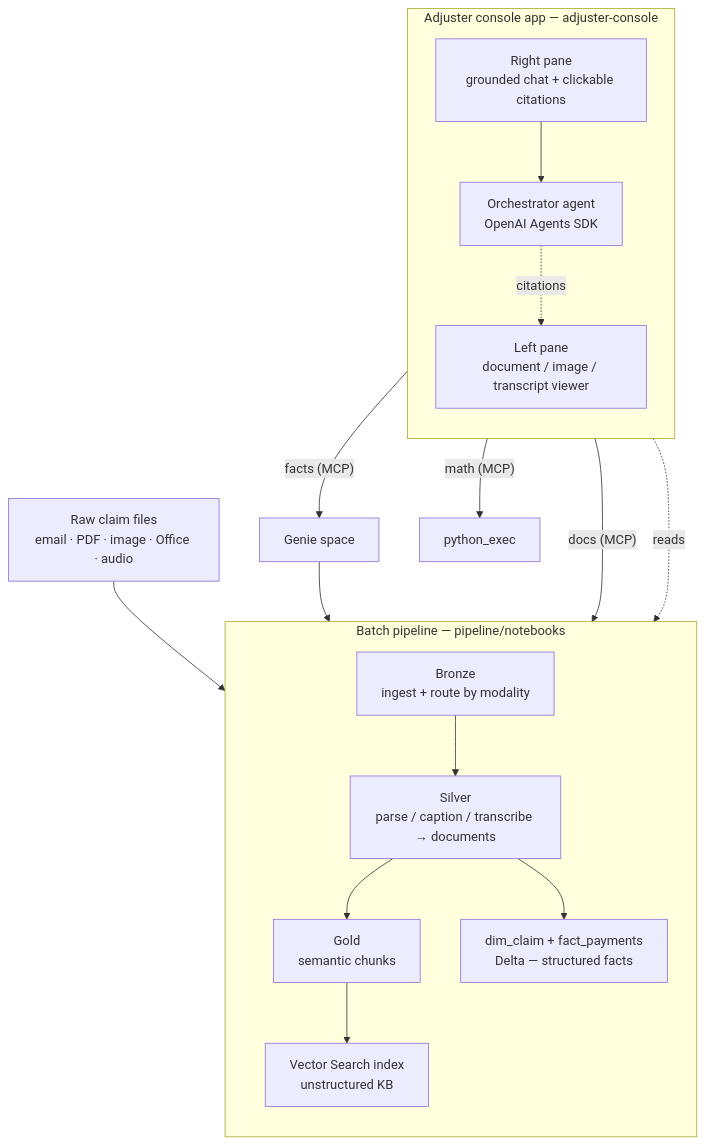
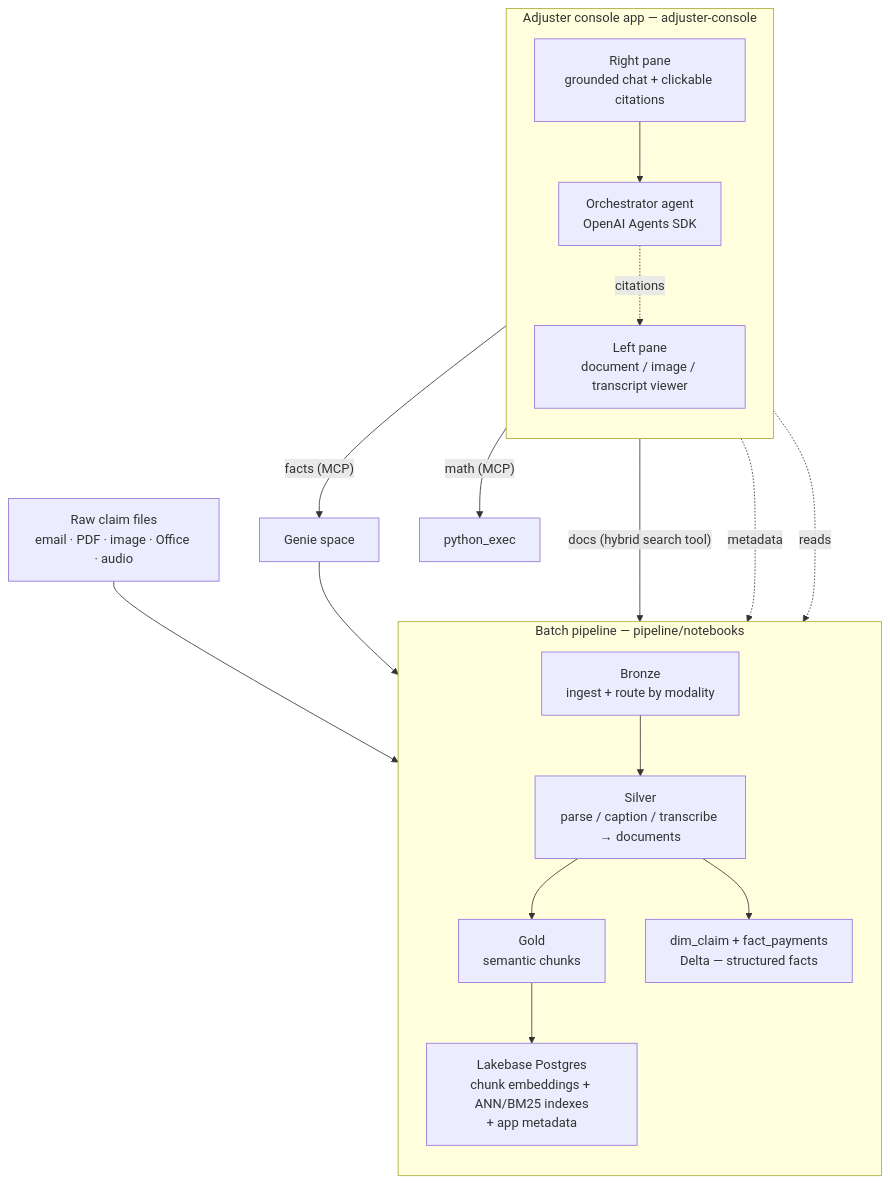
The diagram in README.md (qian-yu-db/insurance-claim-knowledge-base), drawn with Mermaid before and after one commit. The commit also changed other lines of this file and 2 other files, not shown here.

First line of the commit message:
docs: describe Lakebase hybrid search (V2); drop unused vs_endpoint widget

````diff
--- a/README.md
+++ b/README.md
@@ -23,32 +23,33 @@
 ```mermaid
 flowchart TB
     RAW["Raw claim files<br/>email · PDF · image · Office · audio"]
 
     subgraph PIPE["Batch pipeline — pipeline/notebooks"]
         direction TB
         BRONZE["Bronze<br/>ingest + route by modality"]
         SILVER["Silver<br/>parse / caption / transcribe → documents"]
         GOLD["Gold<br/>semantic chunks"]
-        VS["Vector Search index<br/>unstructured KB"]
+        VS["Lakebase Postgres<br/>chunk embeddings + ANN/BM25 indexes<br/>+ app metadata"]
         FACTS["dim_claim + fact_payments<br/>Delta — structured facts"]
         BRONZE --> SILVER
         SILVER --> GOLD --> VS
         SILVER --> FACTS
     end
 
     subgraph APP["Adjuster console app — adjuster-console"]
         direction TB
         CHAT["Right pane<br/>grounded chat + clickable citations"]
         ORCH["Orchestrator agent<br/>OpenAI Agents SDK"]
         VIEW["Left pane<br/>document / image / transcript viewer"]
         CHAT --> ORCH
         ORCH -. citations .-> VIEW
     end
 
     RAW --> BRONZE
-    ORCH -->|"docs (MCP)"| VS
+    ORCH -->|"docs (hybrid search tool)"| VS
+    VIEW -. metadata .-> VS
     ORCH -->|"facts (MCP)"| GENIE["Genie space"]
     GENIE --> FACTS
     ORCH -->|"math (MCP)"| PY["python_exec"]
     VIEW -. reads .-> SILVER
 ```
````
